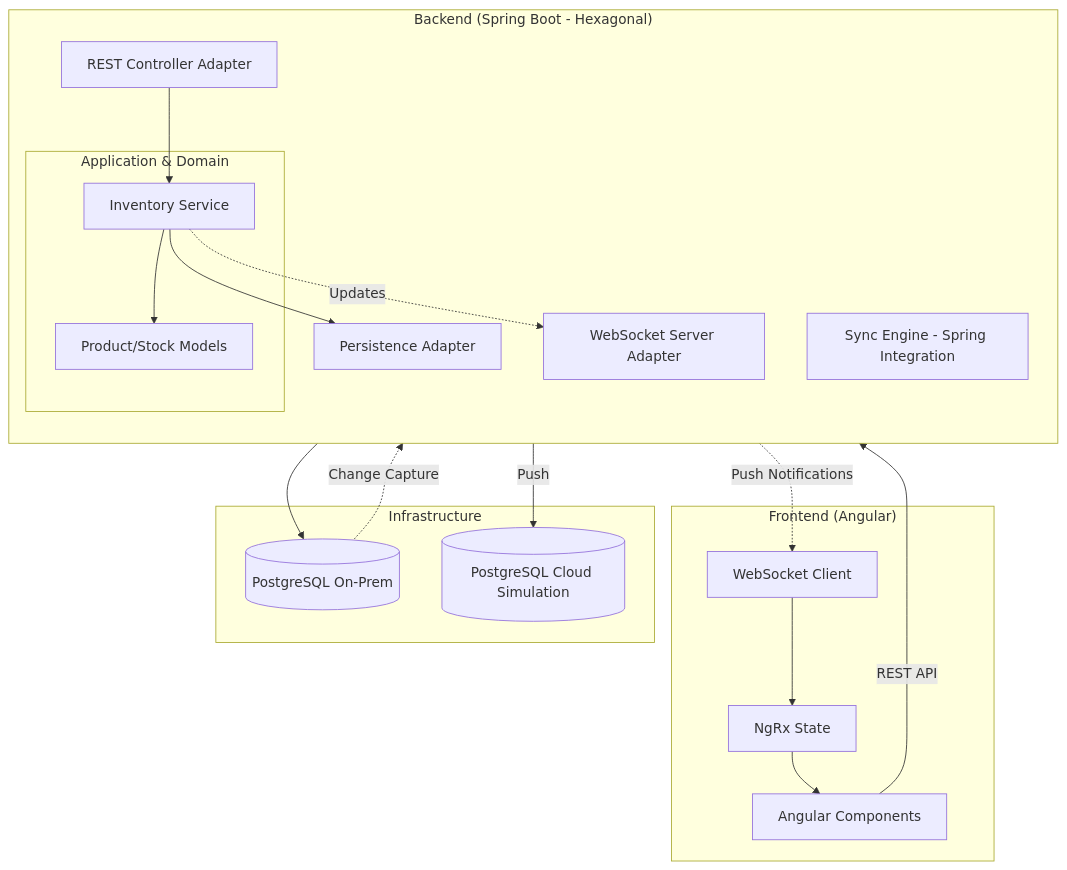
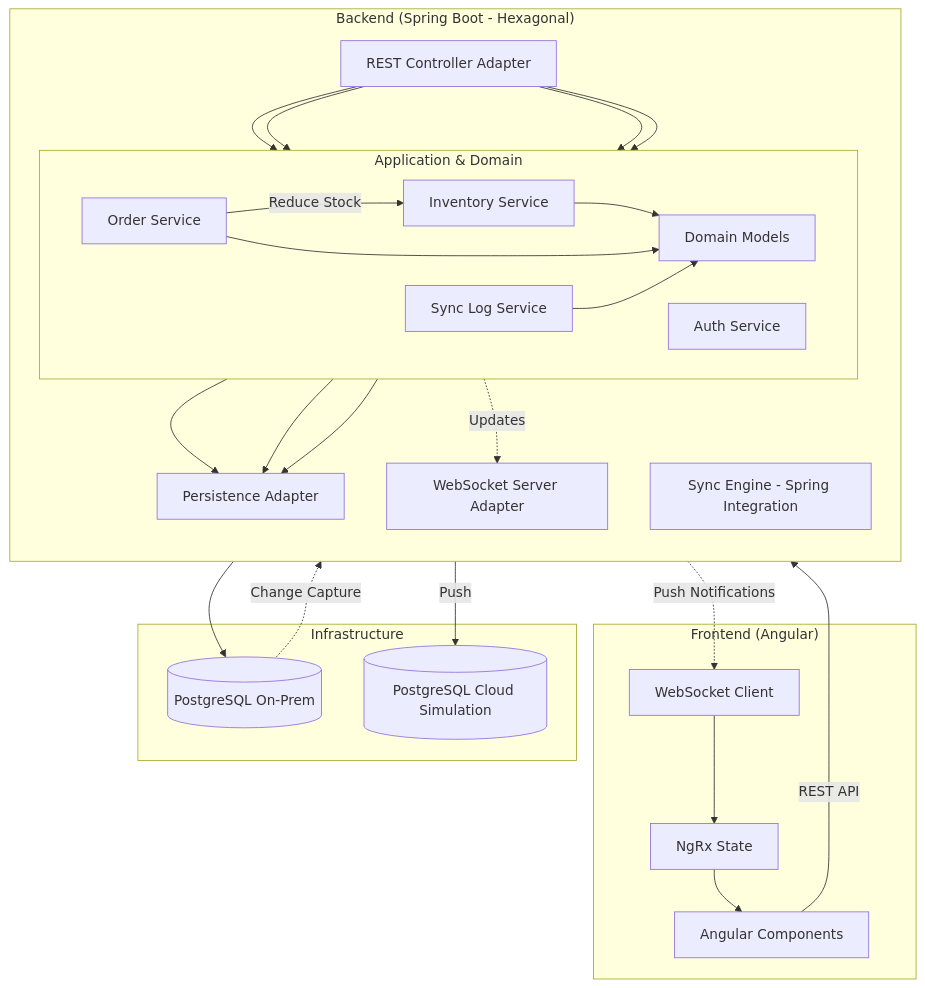
Before and after one commit to dawidbera/hybrid-scm-hub: the diagram in README.md, drawn with Mermaid. The commit also changed other lines of this file and 8 other files, not shown here.

````diff
--- a/README.md
+++ b/README.md
@@ -43,42 +43,58 @@
 ```mermaid
 graph TD
     subgraph "Frontend (Angular)"
         UI[Angular Components]
         Store[NgRx State]
         WS_Client[WebSocket Client]
     end
 
     subgraph "Backend (Spring Boot - Hexagonal)"
         direction TB
         REST[REST Controller Adapter]
         WS_Server[WebSocket Server Adapter]
         
         subgraph "Application & Domain"
-            Service[Inventory Service]
-            Domain[Product/Stock Models]
+            direction LR
+            InventorySvc[Inventory Service]
+            OrderSvc[Order Service]
+            SyncSvc[Sync Log Service]
+            AuthSvc[Auth Service]
+            Domain[Domain Models]
         end
         
         Persist[Persistence Adapter]
         Sync[Sync Engine - Spring Integration]
     end
 
     subgraph "Infrastructure"
         DB_Local[(PostgreSQL On-Prem)]
         DB_Cloud[(PostgreSQL Cloud Simulation)]
     end
 
     %% Flow
     UI -->|REST API| REST
-    REST --> Service
-    Service --> Domain
-    Service --> Persist
+    REST --> AuthSvc
+    REST --> InventorySvc
+    REST --> OrderSvc
+    REST --> SyncSvc
+    
+    OrderSvc -->|Reduce Stock| InventorySvc
+    
+    InventorySvc --> Domain
+    OrderSvc --> Domain
+    SyncSvc --> Domain
+    
+    InventorySvc --> Persist
+    OrderSvc --> Persist
+    SyncSvc --> Persist
+    
     Persist --> DB_Local
     
     DB_Local -.->|Change Capture| Sync
     Sync -->|Push| DB_Cloud
     
-    Service -.->|Updates| WS_Server
+    InventorySvc -.->|Updates| WS_Server
     WS_Server -.->|Push Notifications| WS_Client
     WS_Client --> Store
     Store --> UI
 ```
````
